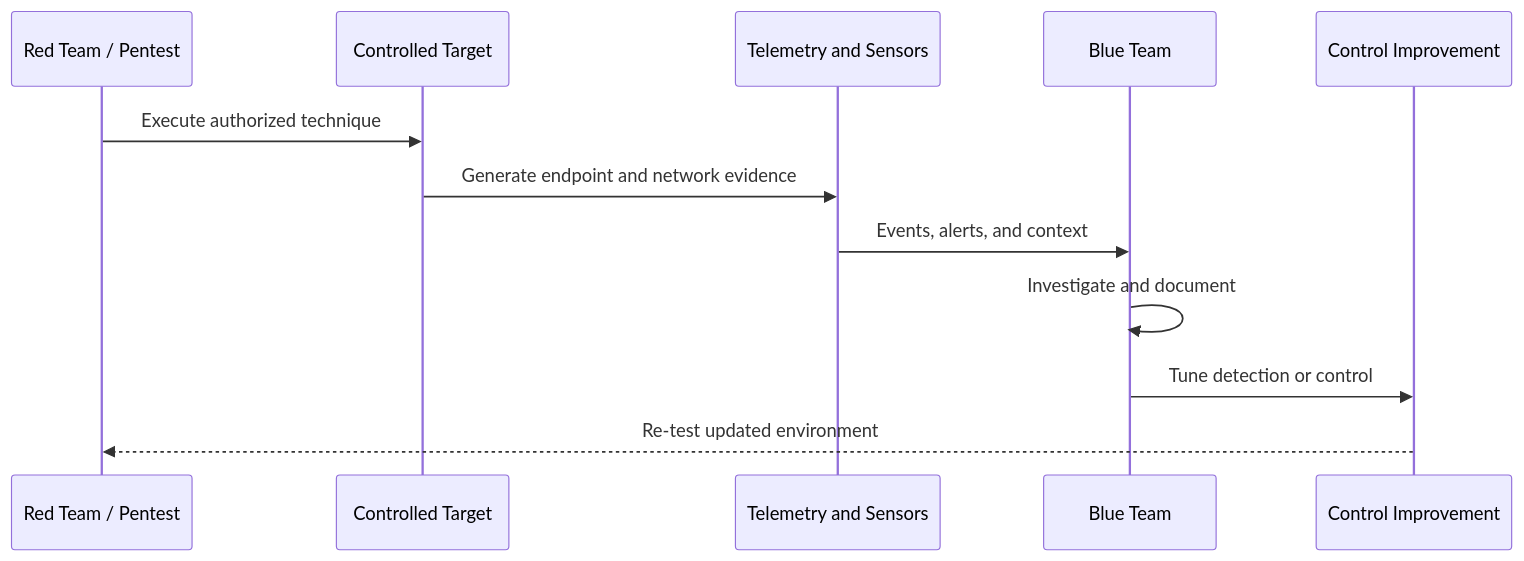
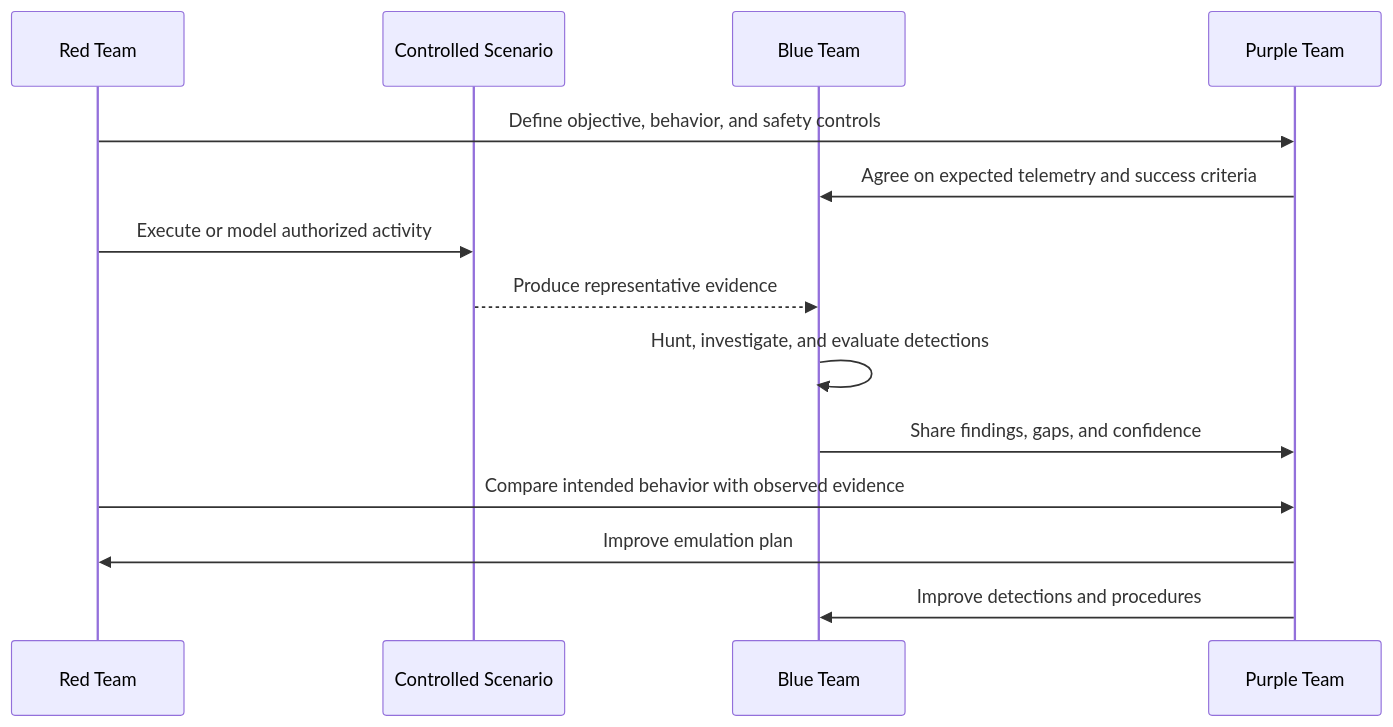
The diagram in docs/operations-model.md (MehtaPar/M3HT4), drawn with Mermaid before and after one commit. The commit also changed other lines of this file and 19 other files, not shown here.

````diff
--- a/docs/operations-model.md
+++ b/docs/operations-model.md
@@ -34,15 +9,17 @@
 ```mermaid
 sequenceDiagram
-    participant Red as Red Team / Pentest
-    participant Target as Controlled Target
-    participant Sensors as Telemetry and Sensors
-    participant Blue as Blue Team
-    participant Improve as Control Improvement
+    participant R as Red Team
+    participant X as Controlled Scenario
+    participant B as Blue Team
+    participant P as Purple Team
 
-    Red->>Target: Execute authorized technique
-    Target->>Sensors: Generate endpoint and network evidence
-    Sensors->>Blue: Events, alerts, and context
-    Blue->>Blue: Investigate and document
-    Blue->>Improve: Tune detection or control
-    Improve-->>Red: Re-test updated environment
+    R->>P: Define objective, behavior, and safety controls
+    P->>B: Agree on expected telemetry and success criteria
+    R->>X: Execute or model authorized activity
+    X-->>B: Produce representative evidence
+    B->>B: Hunt, investigate, and evaluate detections
+    B->>P: Share findings, gaps, and confidence
+    R->>P: Compare intended behavior with observed evidence
+    P->>R: Improve emulation plan
+    P->>B: Improve detections and procedures
 ```
````
